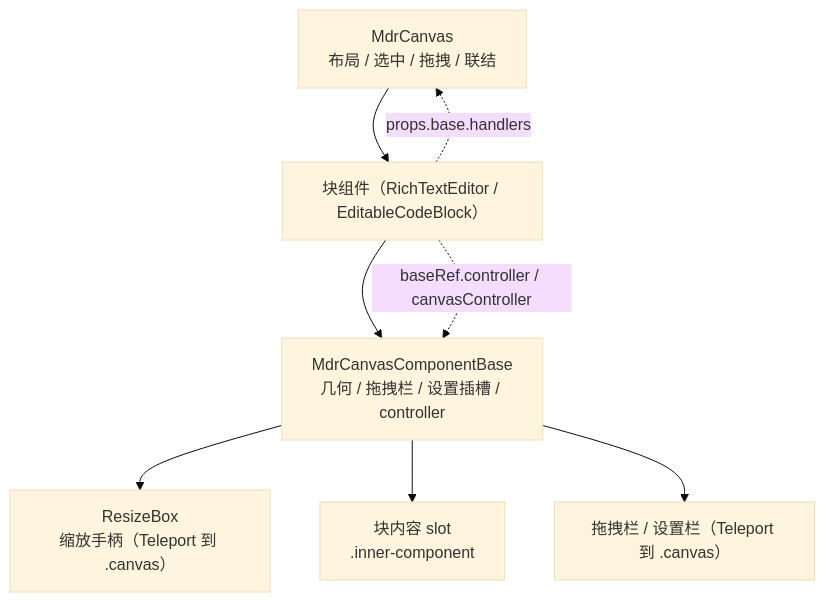
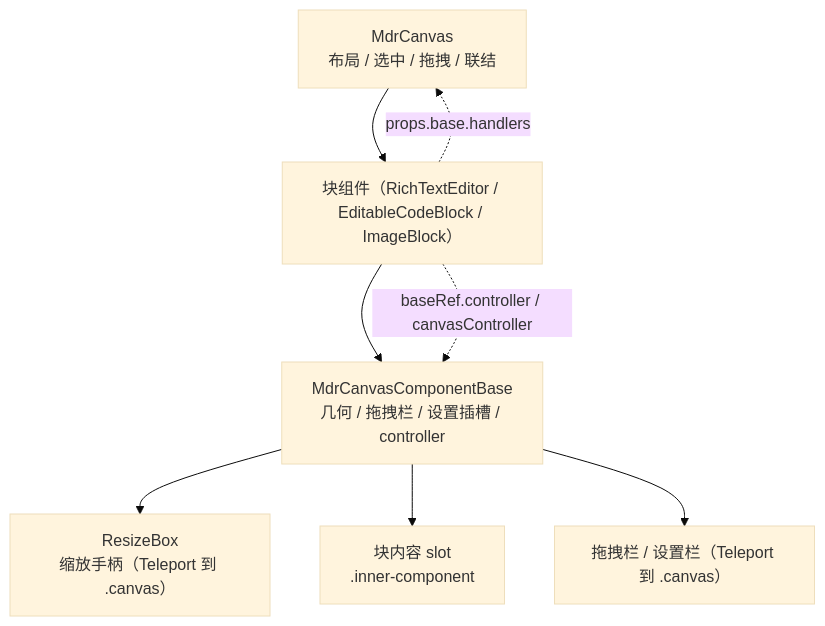
Before and after one commit to LogicAurora/Mindrizzle: the diagram in src/docs/components/README.md, drawn with Mermaid (base theme). The commit also changed other lines of this file and 9 other files, not shown here.

Commit message:
feat:图片组件

````diff
--- a/src/docs/components/README.md
+++ b/src/docs/components/README.md
@@ -9,10 +9,10 @@
 ```mermaid
 flowchart TD
-  MC["MdrCanvas<br/>布局 / 选中 / 拖拽 / 联结"] --> C["块组件（RichTextEditor / EditableCodeBlock）"]
+  MC["MdrCanvas<br/>布局 / 选中 / 拖拽 / 联结"] --> C["块组件（RichTextEditor / EditableCodeBlock / ImageBlock）"]
   C --> B["MdrCanvasComponentBase<br/>几何 / 拖拽栏 / 设置插槽 / controller"]
   B --> RB["ResizeBox<br/>缩放手柄（Teleport 到 .canvas）"]
   B --> SLOT["块内容 slot<br/>.inner-component"]
   B --> FLOAT["拖拽栏 / 设置栏（Teleport 到 .canvas）"]
   C -.->|"props.base.handlers"| MC
   C -.->|"baseRef.controller / canvasController"| B
 ```
````
